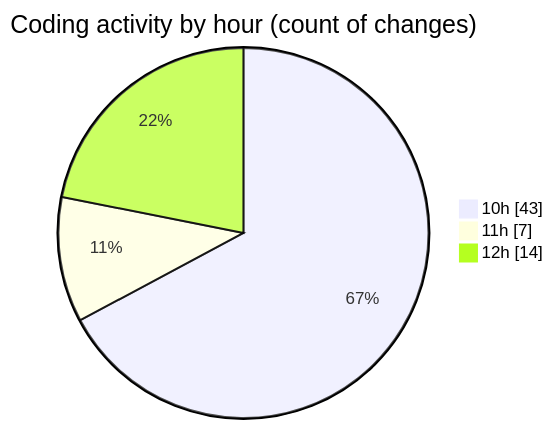
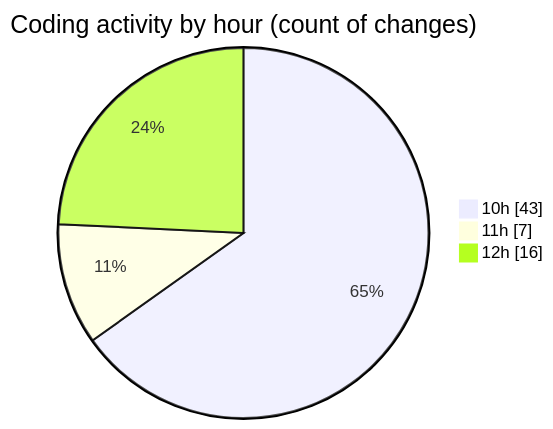
The second of 2 diagrams in 2025-10-29/cda/README.md (momahboobian/code-tracking), drawn with Mermaid before and after one commit. The commit also changed other lines of this file and 1 other file, not shown here.

````diff
--- a/2025-10-29/cda/README.md
+++ b/2025-10-29/cda/README.md
@@ -52,7 +52,7 @@
 ```mermaid
 pie showData
 title Coding activity by hour (count of changes)
 "10h" : 43
 "11h" : 7
-"12h" : 14
+"12h" : 16
 ```
````
